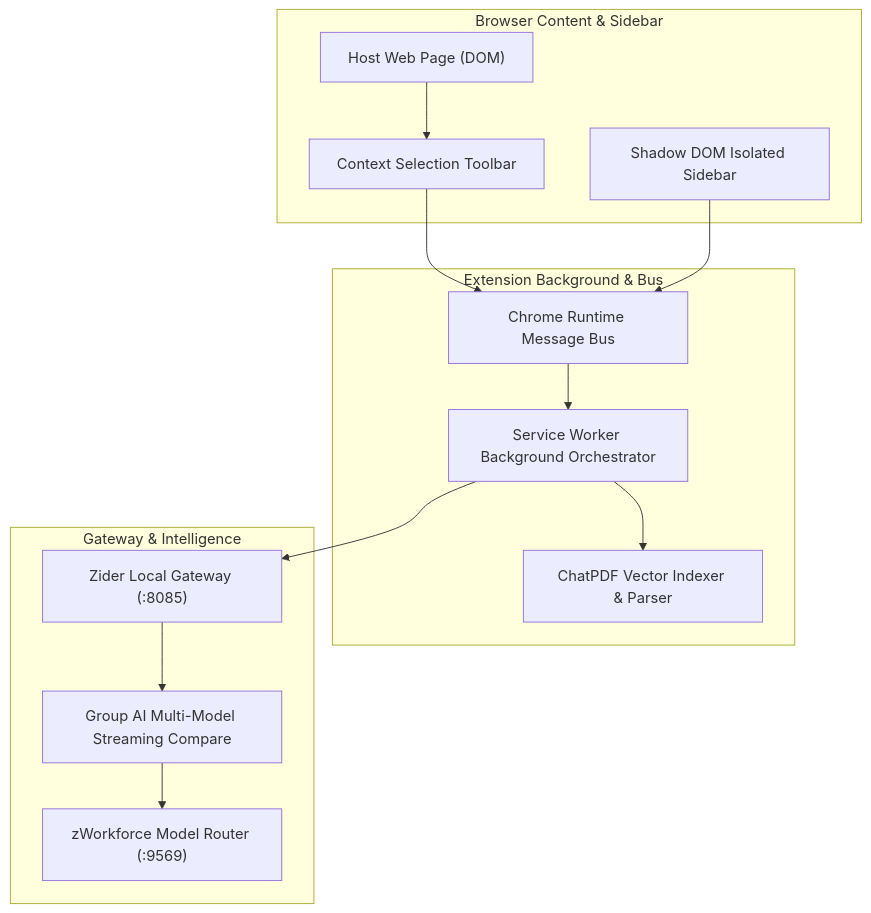
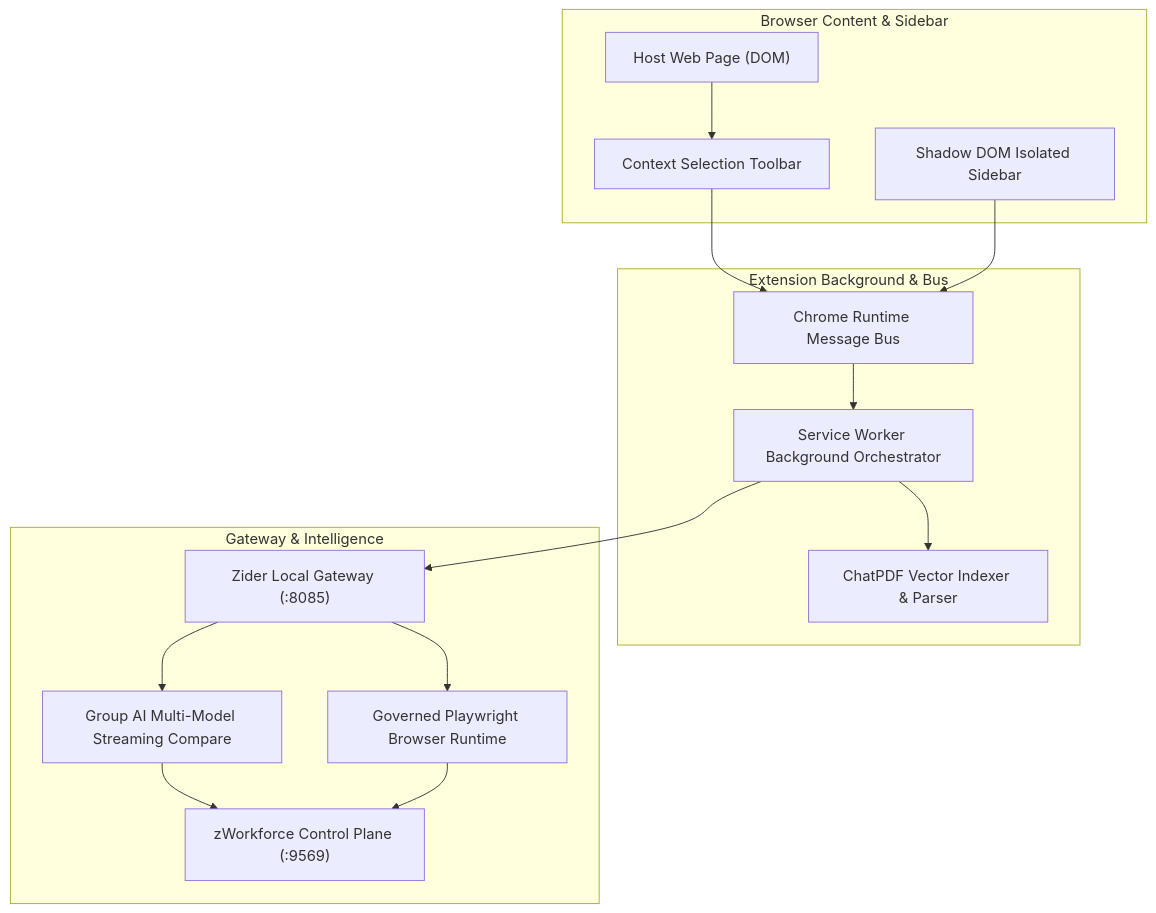
The diagram in planning/planning-implementation-zider.md (cvsz/zWorkforce), drawn with Mermaid before and after one commit. The commit also changed other lines of this file, not shown here.

Commit message:
docs(zider): record governed browser SW7 completion

````diff
--- a/planning/planning-implementation-zider.md
+++ b/planning/planning-implementation-zider.md
@@ -13,29 +13,32 @@
 ```mermaid
 graph TD
     subgraph "Browser Content & Sidebar"
         PAGE["Host Web Page (DOM)"]
         SHADOW["Shadow DOM Isolated Sidebar"]
         TOOLBAR["Context Selection Toolbar"]
     end
 
     subgraph "Extension Background & Bus"
         SW["Service Worker Background Orchestrator"]
         BUS["Chrome Runtime Message Bus"]
         PDF_ENGINE["ChatPDF Vector Indexer & Parser"]
     end
 
     subgraph "Gateway & Intelligence"
         GATEWAY["Zider Local Gateway (:8085)"]
         GROUP_AI["Group AI Multi-Model Streaming Compare"]
-        ZWF_CORE["zWorkforce Model Router (:9569)"]
+        BROWSER["Governed Playwright Browser Runtime"]
+        ZWF_CORE["zWorkforce Control Plane (:9569)"]
     end
 
     PAGE --> TOOLBAR
     TOOLBAR --> BUS
     SHADOW --> BUS
     BUS --> SW
     SW --> PDF_ENGINE
     SW --> GATEWAY
     GATEWAY --> GROUP_AI
+    GATEWAY --> BROWSER
     GROUP_AI --> ZWF_CORE
+    BROWSER --> ZWF_CORE
 ```
````
